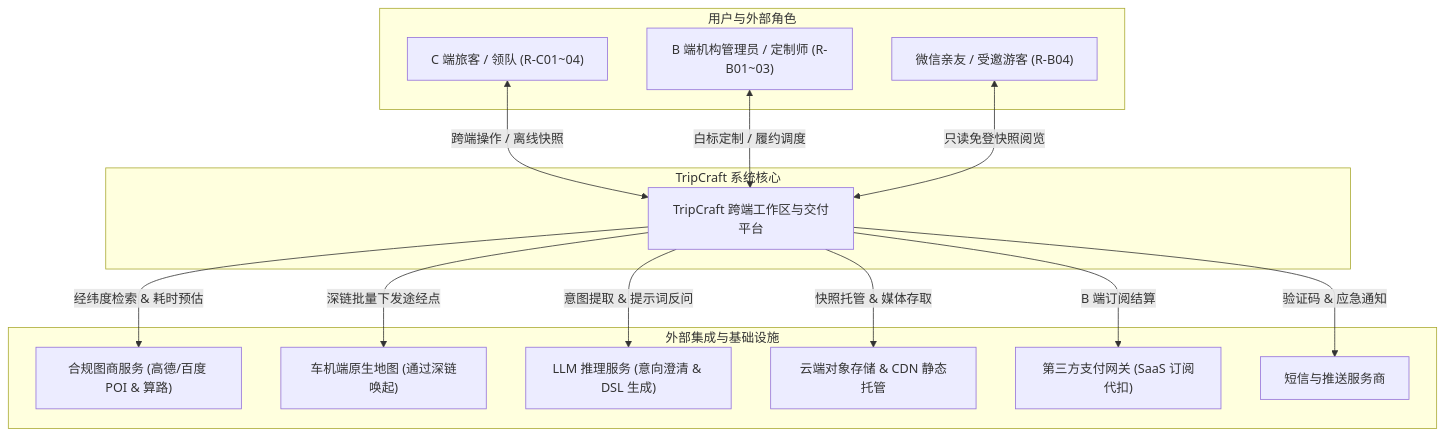
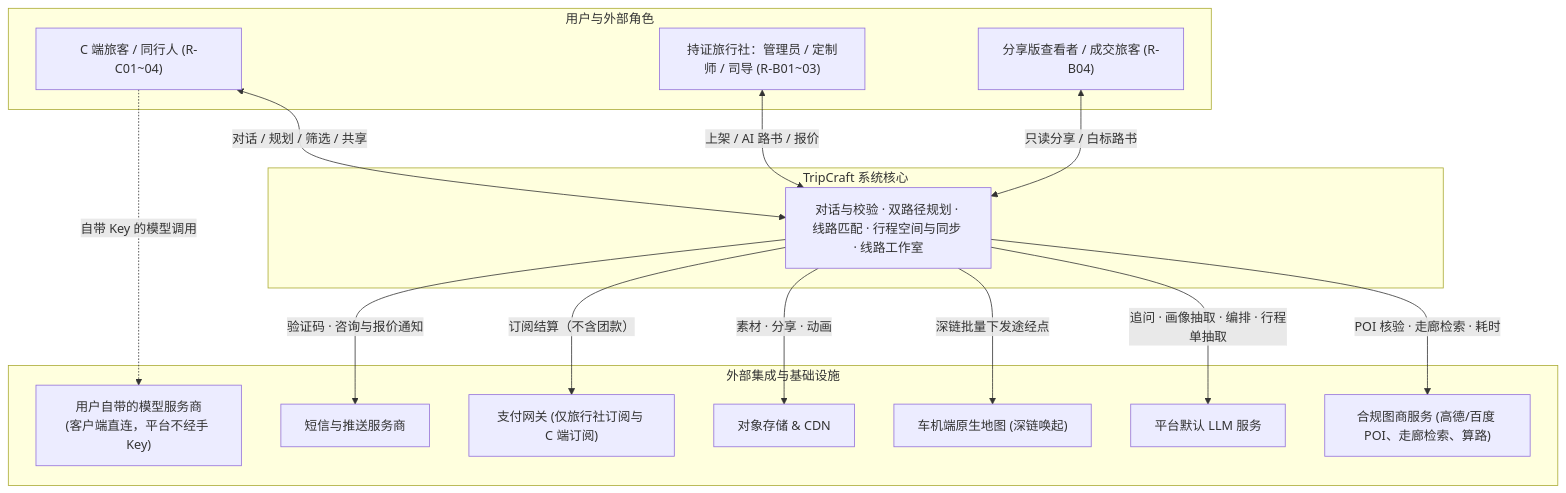
Before and after one commit to JohnMaxwell0123/TripCraft: the first of 2 diagrams in docs/architecture/ARC-01-overview.md, drawn with Mermaid. The commit also changed other lines of this file and 55 other files, not shown here.

````diff
--- a/docs/architecture/ARC-01-overview.md
+++ b/docs/architecture/ARC-01-overview.md
@@ -16,32 +16,34 @@
 ```mermaid
 flowchart TB
     subgraph USERS["用户与外部角色"]
-        C_USER["C 端旅客 / 领队 (R-C01~04)"]
-        B_USER["B 端机构管理员 / 定制师 (R-B01~03)"]
-        PUB_USER["微信亲友 / 受邀游客 (R-B04)"]
+        C_USER["C 端旅客 / 同行人 (R-C01~04)"]
+        B_USER["持证旅行社：管理员 / 定制师 / 司导 (R-B01~03)"]
+        PUB_USER["分享版查看者 / 成交旅客 (R-B04)"]
     end
 
     subgraph SYSTEM["TripCraft 系统核心"]
-        CORE["TripCraft 跨端工作区与交付平台"]
+        CORE["对话与校验 · 双路径规划 · 线路匹配 · 行程空间与同步 · 线路工作室"]
     end
 
     subgraph EXTERNALS["外部集成与基础设施"]
-        MAP["合规图商服务 (高德/百度 POI & 算路)"]
-        CAR_APP["车机端原生地图 (通过深链唤起)"]
-        AI_SVC["LLM 推理服务 (意向澄清 & DSL 生成)"]
-        STORAGE["云端对象存储 & CDN 静态托管"]
-        PAY_SVC["第三方支付网关 (SaaS 订阅代扣)"]
+        MAP["合规图商服务 (高德/百度 POI、走廊检索、算路)"]
+        AI_SVC["平台默认 LLM 服务"]
+        BYOK_SVC["用户自带的模型服务商<br/>(客户端直连，平台不经手 Key)"]
+        CAR_APP["车机端原生地图 (深链唤起)"]
+        STORAGE["对象存储 & CDN"]
+        PAY_SVC["支付网关 (仅旅行社订阅与 C 端订阅)"]
         SMS_SVC["短信与推送服务商"]
     end
 
-    C_USER <-->|跨端操作 / 离线快照| CORE
-    B_USER <-->|白标定制 / 履约调度| CORE
-    PUB_USER <-->|只读免登快照阅览| CORE
+    C_USER <-->|对话 / 规划 / 筛选 / 共享| CORE
+    B_USER <-->|上架 / AI 路书 / 报价| CORE
+    PUB_USER <-->|只读分享 / 白标路书| CORE
+    C_USER -.->|自带 Key 的模型调用| BYOK_SVC
 
-    CORE -->|经纬度检索 & 耗时预估| MAP
+    CORE -->|POI 核验 · 走廊检索 · 耗时| MAP
+    CORE -->|追问 · 画像抽取 · 编排 · 行程单抽取| AI_SVC
     CORE -->|深链批量下发途经点| CAR_APP
-    CORE -->|意图提取 & 提示词反问| AI_SVC
-    CORE -->|快照托管 & 媒体存取| STORAGE
-    CORE -->|B 端订阅结算| PAY_SVC
-    CORE -->|验证码 & 应急通知| SMS_SVC
+    CORE -->|素材 · 分享 · 动画| STORAGE
+    CORE -->|订阅结算（不含团款）| PAY_SVC
+    CORE -->|验证码 · 咨询与报价通知| SMS_SVC
 ```
````
